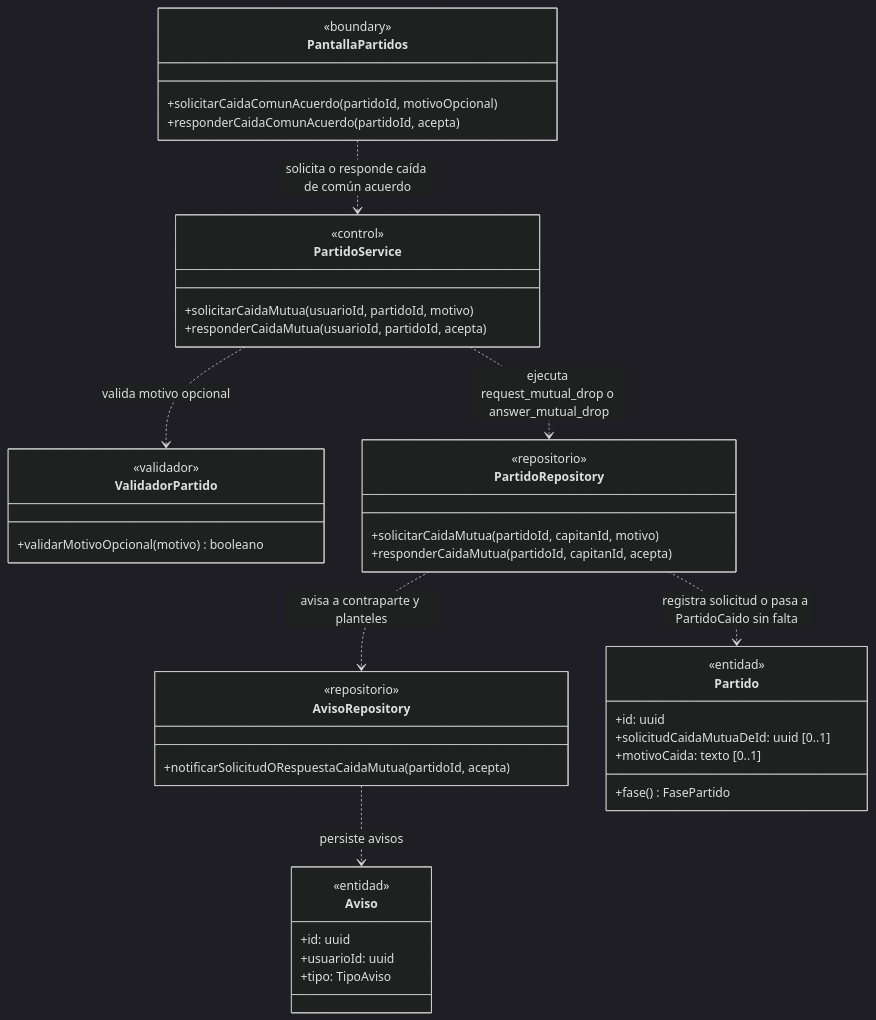
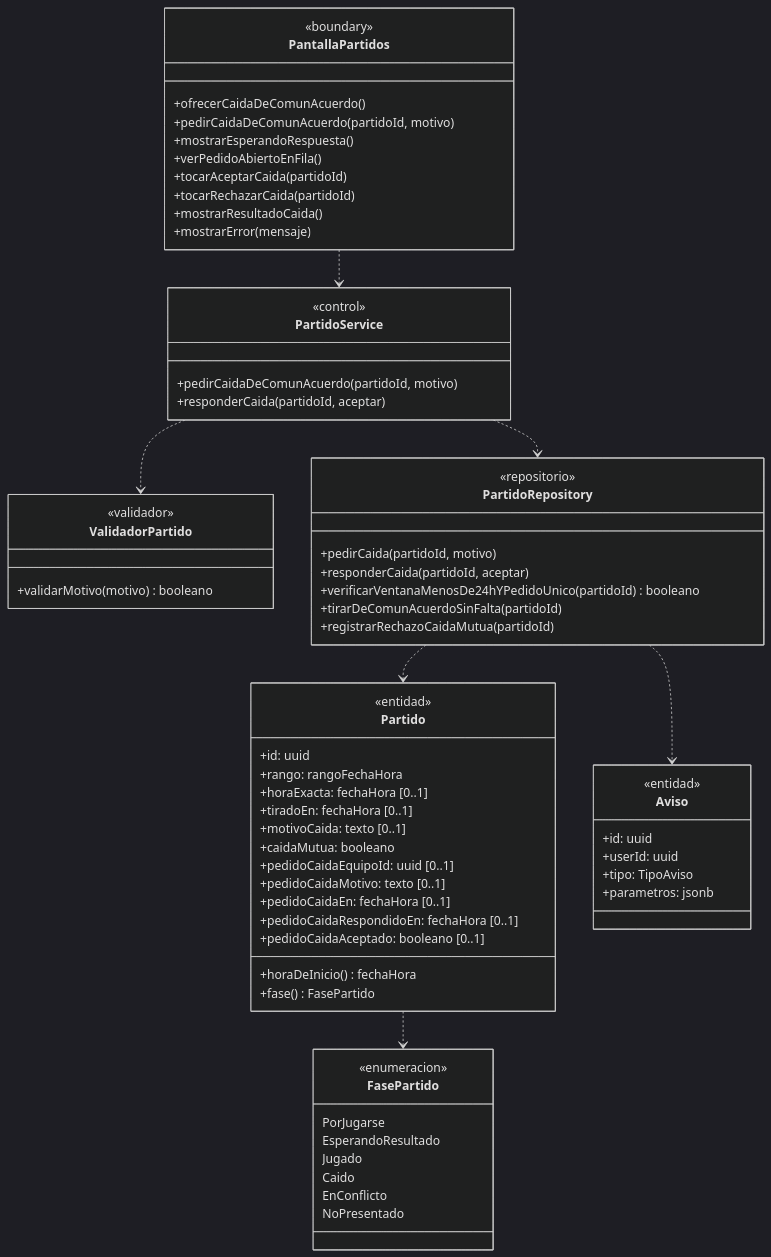
Diagram 11 of 15 in docs/diagramas-de-clase/partidos.md (nicqletal/torneos-scraper), drawn with Mermaid (dark theme) before and after one commit. The commit also changed other lines of this file and 13 other files, not shown here.

````diff
--- a/docs/diagramas-de-clase/partidos.md
+++ b/docs/diagramas-de-clase/partidos.md
@@ -697,46 +838,69 @@
 ```mermaid
 classDiagram
-direction TB
 class PantallaPartidos {
   <<boundary>>
-  +solicitarCaidaComunAcuerdo(partidoId, motivoOpcional)
-  +responderCaidaComunAcuerdo(partidoId, acepta)
+  +ofrecerCaidaDeComunAcuerdo()
+  +pedirCaidaDeComunAcuerdo(partidoId, motivo)
+  +mostrarEsperandoRespuesta()
+  +verPedidoAbiertoEnFila()
+  +tocarAceptarCaida(partidoId)
+  +tocarRechazarCaida(partidoId)
+  +mostrarResultadoCaida()
+  +mostrarError(mensaje)
 }
 class PartidoService {
   <<control>>
-  +solicitarCaidaMutua(usuarioId, partidoId, motivo)
-  +responderCaidaMutua(usuarioId, partidoId, acepta)
+  +pedirCaidaDeComunAcuerdo(partidoId, motivo)
+  +responderCaida(partidoId, aceptar)
 }
 class ValidadorPartido {
   <<validador>>
-  +validarMotivoOpcional(motivo) booleano
+  +validarMotivo(motivo) booleano
 }
 class PartidoRepository {
   <<repositorio>>
-  +solicitarCaidaMutua(partidoId, capitanId, motivo)
-  +responderCaidaMutua(partidoId, capitanId, acepta)
-}
-class AvisoRepository {
-  <<repositorio>>
-  +notificarSolicitudORespuestaCaidaMutua(partidoId, acepta)
+  +pedirCaida(partidoId, motivo)
+  +responderCaida(partidoId, aceptar)
+  +verificarVentanaMenosDe24hYPedidoUnico(partidoId) booleano
+  +tirarDeComunAcuerdoSinFalta(partidoId)
+  +registrarRechazoCaidaMutua(partidoId)
 }
 class Partido {
   <<entidad>>
   +id: uuid
-  +solicitudCaidaMutuaDeId: uuid [0..1]
+  +rango: rangoFechaHora
+  +horaExacta: fechaHora [0..1]
+  +tiradoEn: fechaHora [0..1]
   +motivoCaida: texto [0..1]
+  +caidaMutua: booleano
+  +pedidoCaidaEquipoId: uuid [0..1]
+  +pedidoCaidaMotivo: texto [0..1]
+  +pedidoCaidaEn: fechaHora [0..1]
+  +pedidoCaidaRespondidoEn: fechaHora [0..1]
+  +pedidoCaidaAceptado: booleano [0..1]
+  +horaDeInicio() fechaHora
   +fase() FasePartido
 }
 class Aviso {
   <<entidad>>
   +id: uuid
-  +usuarioId: uuid
+  +userId: uuid
   +tipo: TipoAviso
+  +parametros: jsonb
 }
-PantallaPartidos ..> PartidoService : solicita o responde caída de común acuerdo
-PartidoService ..> ValidadorPartido : valida motivo opcional
-PartidoService ..> PartidoRepository : ejecuta request_mutual_drop o answer_mutual_drop
-PartidoRepository ..> Partido : registra solicitud o pasa a PartidoCaido sin falta
-PartidoRepository ..> AvisoRepository : avisa a contraparte y planteles
-AvisoRepository ..> Aviso : persiste avisos
+class FasePartido {
+  <<enumeracion>>
+  PorJugarse
+  EsperandoResultado
+  Jugado
+  Caido
+  EnConflicto
+  NoPresentado
+}
+PantallaPartidos ..> PartidoService
+PartidoService ..> ValidadorPartido
+PartidoService ..> PartidoRepository
+PartidoRepository ..> Partido
+PartidoRepository ..> Aviso
+Partido ..> FasePartido
 ```
````
